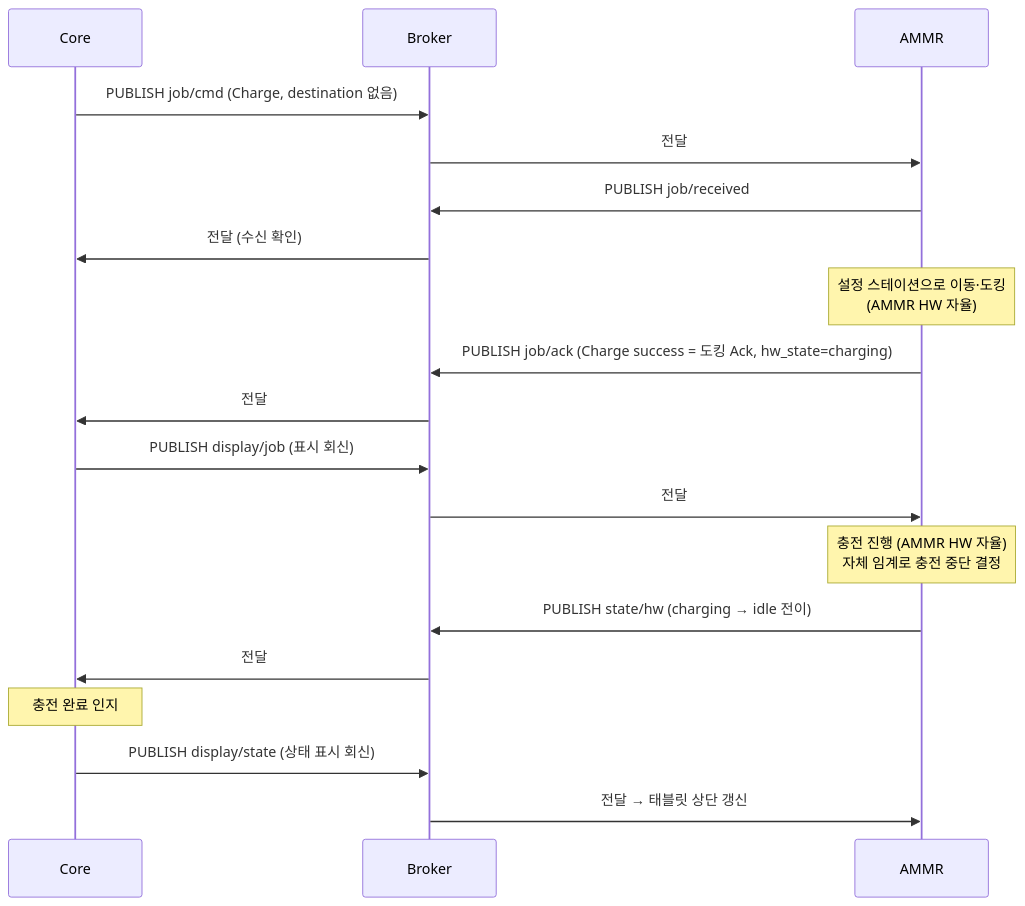
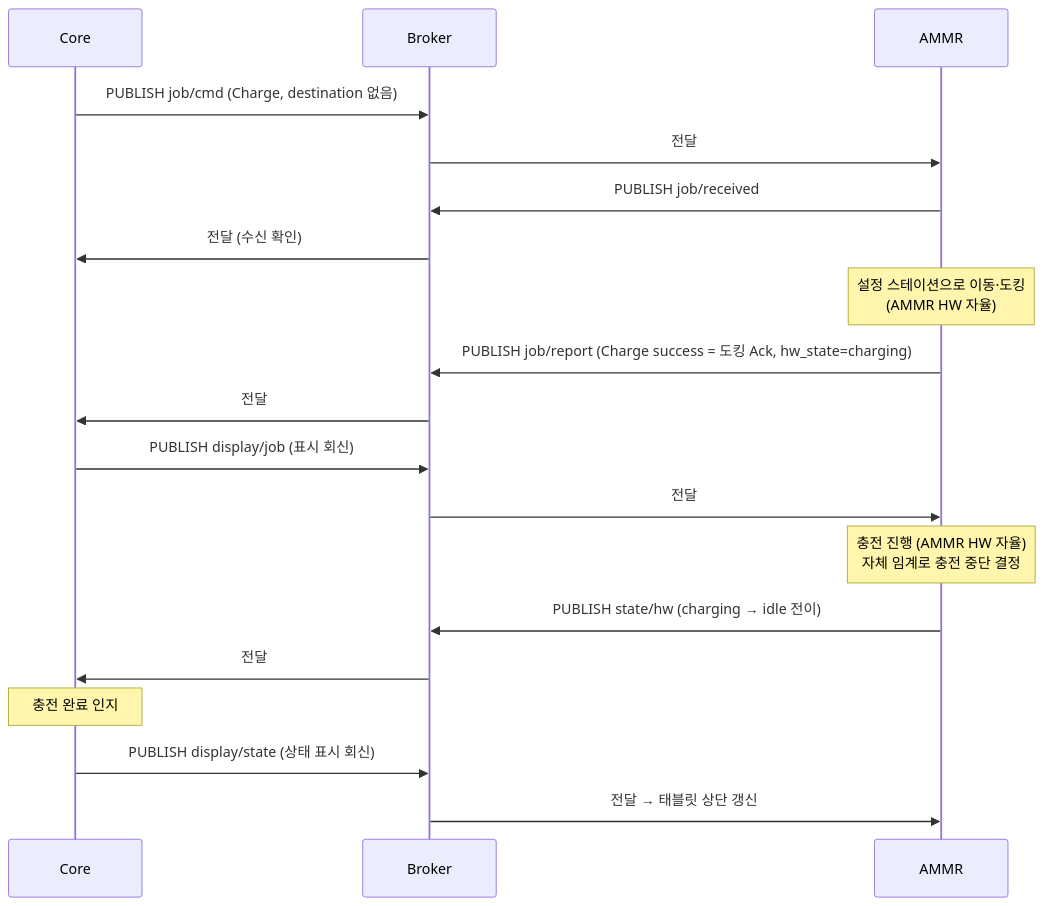
Before and after one commit to kimminsu0315/Core-Docs: the eighth of 13 diagrams in docs/out/Core_ICD_AMMR.md, drawn with Mermaid. The commit also changed other lines of this file and 5 other files, not shown here.

````diff
--- a/docs/out/Core_ICD_AMMR.md
+++ b/docs/out/Core_ICD_AMMR.md
@@ -1098,23 +1074,23 @@
 ```mermaid
 sequenceDiagram
     participant C as Core
     participant B as Broker
     participant A as AMMR
 
     C->>B: PUBLISH job/cmd (Charge, destination 없음)
     B->>A: 전달
     A->>B: PUBLISH job/received
     B->>C: 전달 (수신 확인)
     Note over A: 설정 스테이션으로 이동·도킹<br/>(AMMR HW 자율)
-    A->>B: PUBLISH job/ack (Charge success = 도킹 Ack, hw_state=charging)
+    A->>B: PUBLISH job/report (Charge success = 도킹 Ack, hw_state=charging)
     B->>C: 전달
     C->>B: PUBLISH display/job (표시 회신)
     B->>A: 전달
 
     Note over A: 충전 진행 (AMMR HW 자율)<br/>자체 임계로 충전 중단 결정
     A->>B: PUBLISH state/hw (charging → idle 전이)
     B->>C: 전달
     Note over C: 충전 완료 인지
     C->>B: PUBLISH display/state (상태 표시 회신)
     B->>A: 전달 → 태블릿 상단 갱신
 ```
````
